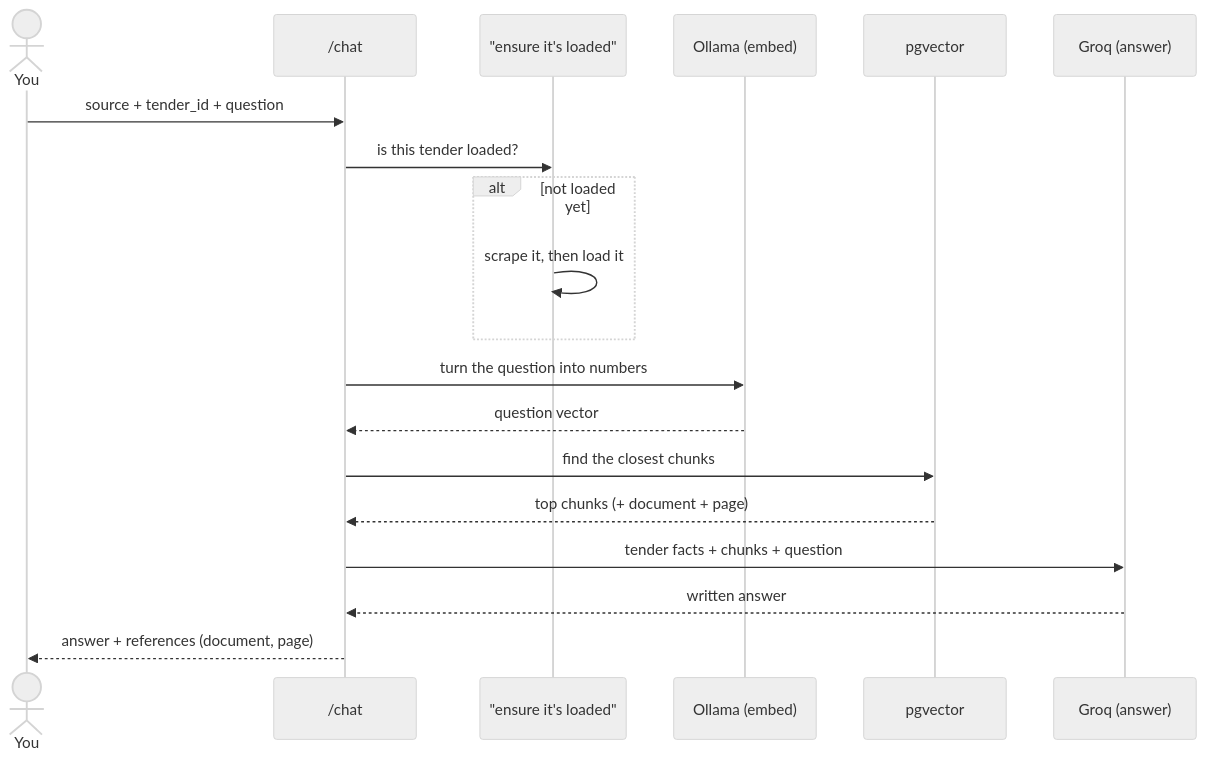
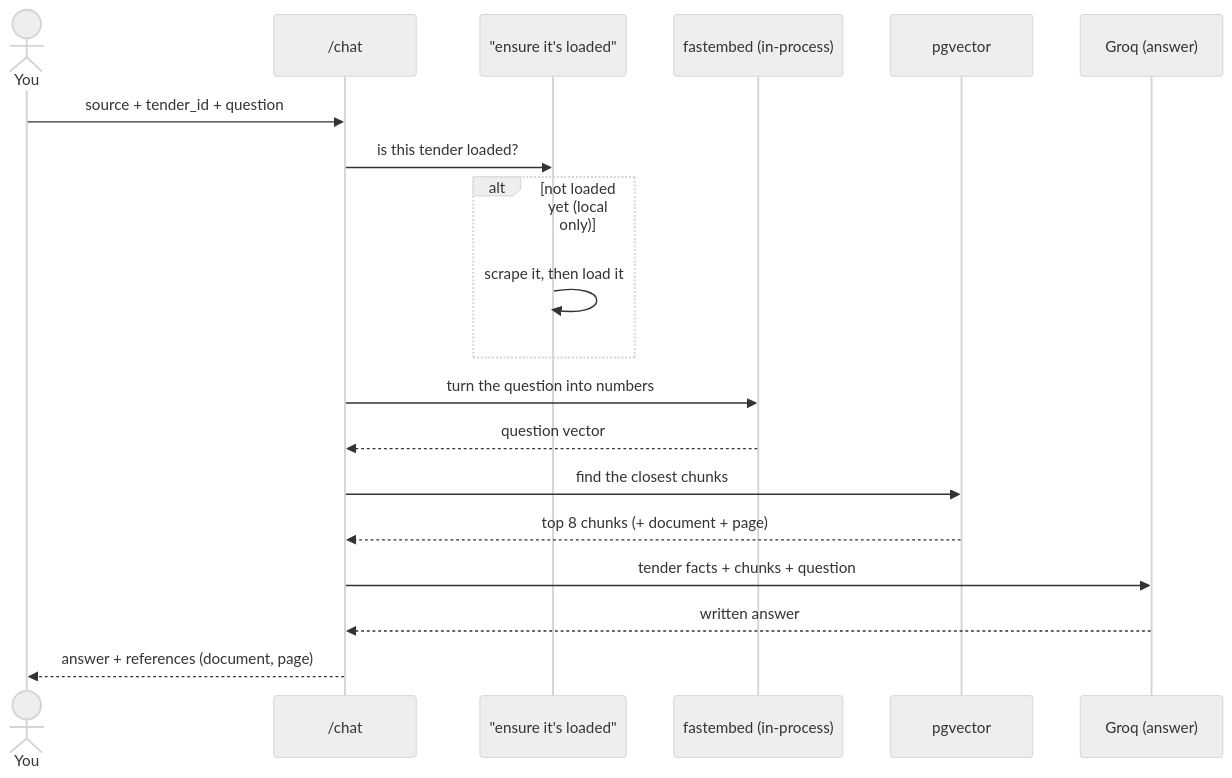
Before and after one commit to j4rv1ss/tender-rag-mcp: the fourth of 6 diagrams in docs/architecture.md, drawn with Mermaid (neutral theme). The commit also changed other lines of this file and 1 other file, not shown here.

Commit message:
docs: update README + architecture for in-process fastembed (384-dim), top_k 8, 3-tier Groq chat, synonym/antonym + formatting, and the free Render/Neon deploy

````diff
--- a/docs/architecture.md
+++ b/docs/architecture.md
@@ -151,21 +158,21 @@
 ```mermaid
 sequenceDiagram
   actor U as You
   participant API as /chat
   participant F as "ensure it's loaded"
-  participant E as Ollama (embed)
+  participant E as fastembed (in-process)
   participant PG as pgvector
   participant G as Groq (answer)
   U->>API: source + tender_id + question
   API->>F: is this tender loaded?
-  alt not loaded yet
+  alt not loaded yet (local only)
     F->>F: scrape it, then load it
   end
   API->>E: turn the question into numbers
   E-->>API: question vector
   API->>PG: find the closest chunks
-  PG-->>API: top chunks (+ document + page)
+  PG-->>API: top 8 chunks (+ document + page)
   API->>G: tender facts + chunks + question
   G-->>API: written answer
   API-->>U: answer + references (document, page)
 ```
````
